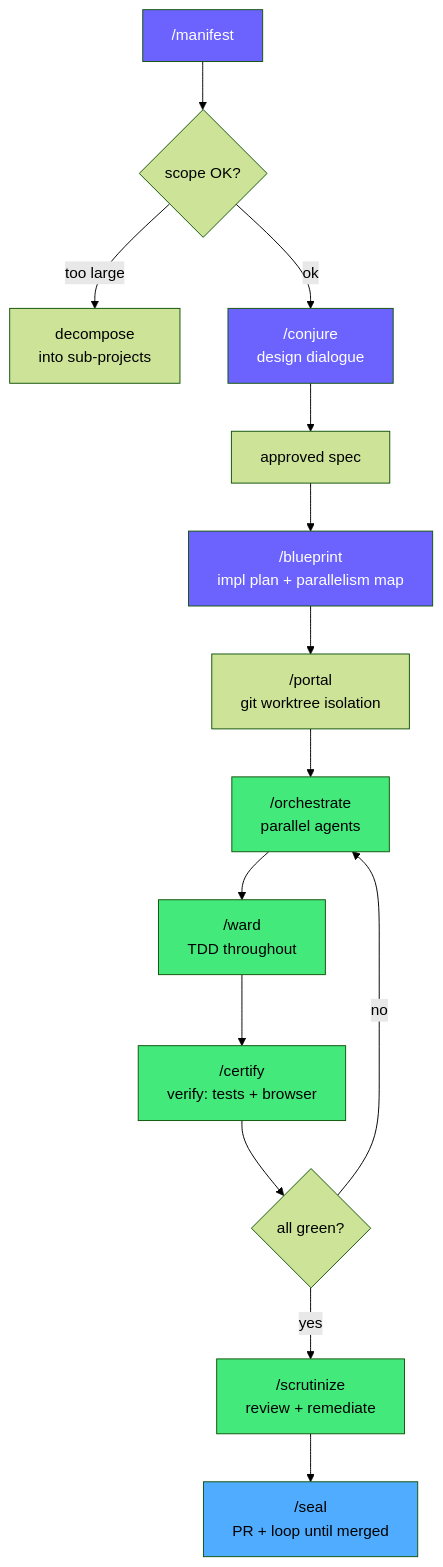
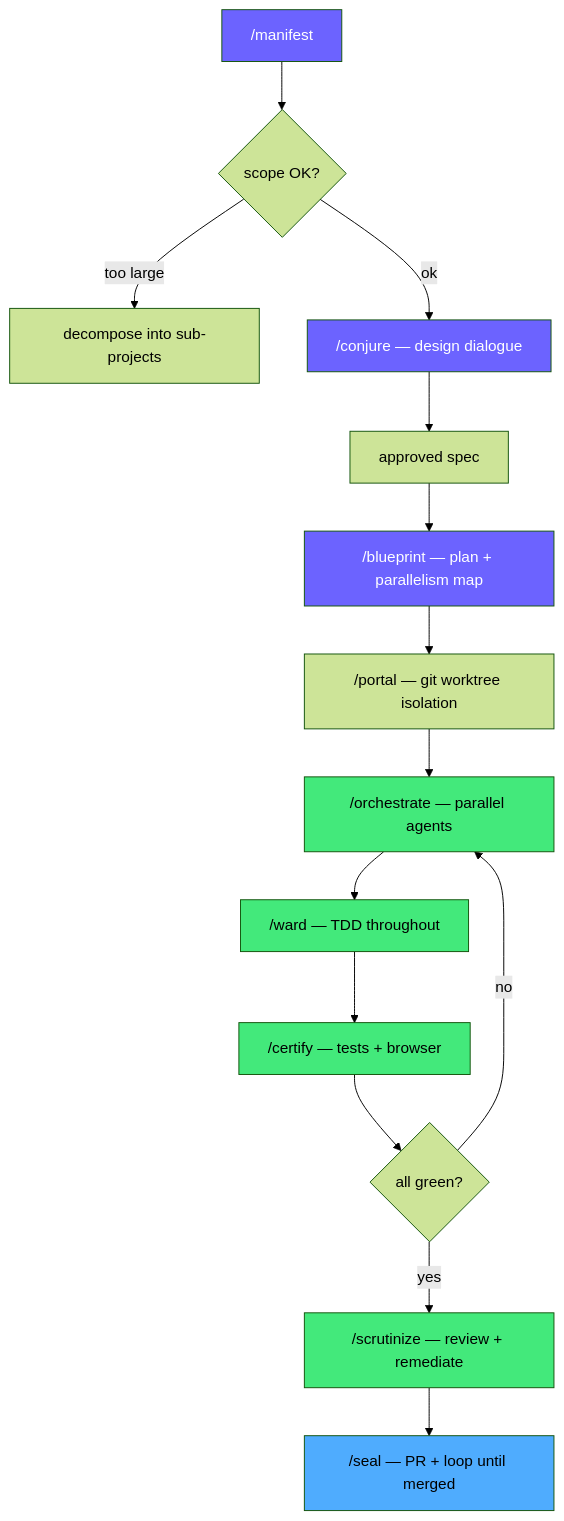
The first of 3 diagrams in README.md (Alexander-Tyagunov/magician), drawn with Mermaid (forest theme) before and after one commit. The commit also changed other lines of this file and 11 other files, not shown here.

````diff
--- a/README.md
+++ b/README.md
@@ -51,25 +57,24 @@
 ```mermaid
 flowchart TD
     A["/manifest"] --> B{"scope OK?"}
-    B -- too large --> C["decompose\ninto sub-projects"]
-    B -- ok --> D["/conjure\ndesign dialogue"]
+    B -- too large --> C["decompose into sub-projects"]
+    B -- ok --> D["/conjure — design dialogue"]
     D --> E["approved spec"]
-    E --> F["/blueprint\nimpl plan + parallelism map"]
-    F --> G["/portal\ngit worktree isolation"]
-    G --> H["/orchestrate\nparallel agents"]
-    H --> I["/ward\nTDD throughout"]
-    I --> J["/certify\nverify: tests + browser"]
+    E --> F["/blueprint — plan + parallelism map"]
+    F --> G["/portal — git worktree isolation"]
+    G --> H["/orchestrate — parallel agents"]
+    H --> I["/ward — TDD throughout"]
+    I --> J["/certify — tests + browser"]
     J --> K{all green?}
     K -- no --> H
-    K -- yes --> L["/scrutinize\nreview + remediate"]
-    L --> N["/seal\nPR + loop until merged"]
-
+    K -- yes --> L["/scrutinize — review + remediate"]
+    L --> N["/seal — PR + loop until merged"]
     style A fill:#6c63ff,color:#fff
     style D fill:#6c63ff,color:#fff
     style F fill:#6c63ff,color:#fff
     style H fill:#43e97b,color:#000
     style I fill:#43e97b,color:#000
     style J fill:#43e97b,color:#000
     style L fill:#43e97b,color:#000
     style N fill:#4facfe,color:#000
 ```
````
